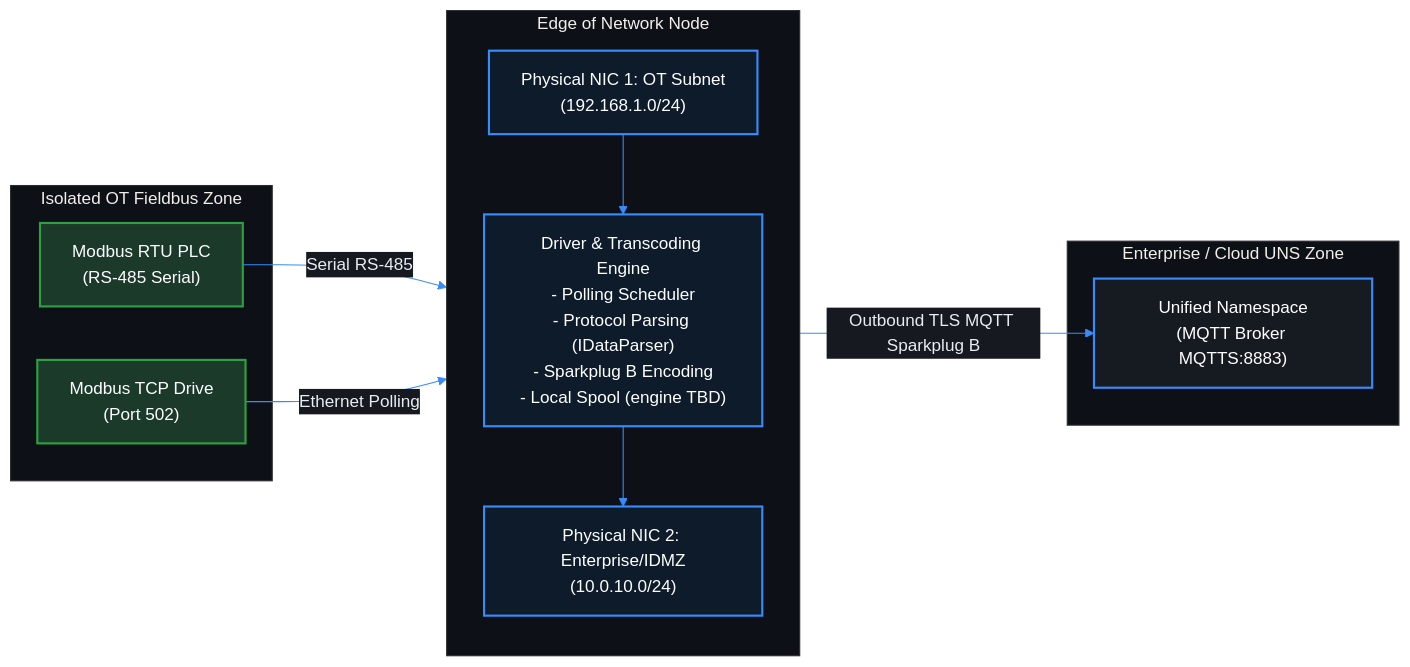
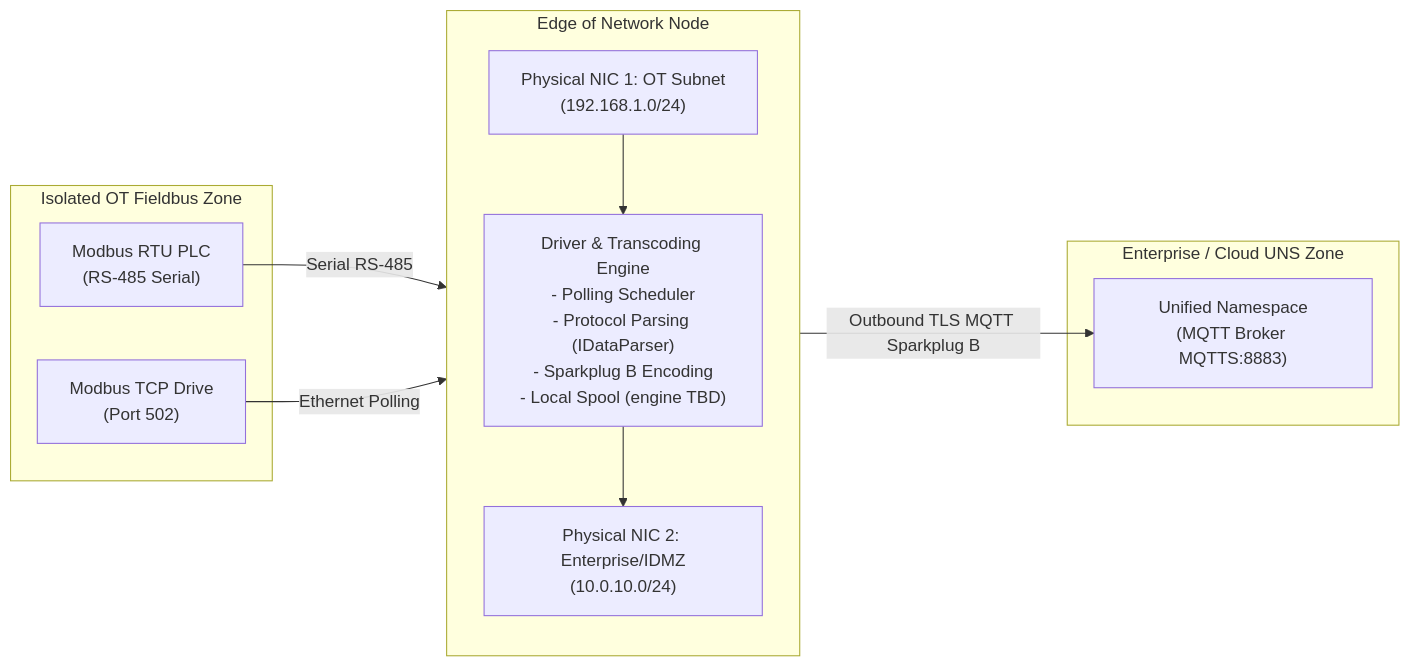
Before and after one commit to Novav20/The-Meridian-Grid: the diagram in docs/00-Domain-Mastery/lessons/05-EoN-Nodes-Brownfield-Gateways.md, drawn with Mermaid. The commit also changed 15 other files, not shown here.

Commit message:
Clean up Mermaid lesson diagrams

````diff
--- a/docs/00-Domain-Mastery/lessons/05-EoN-Nodes-Brownfield-Gateways.md
+++ b/docs/00-Domain-Mastery/lessons/05-EoN-Nodes-Brownfield-Gateways.md
@@ -64,41 +64,24 @@
 ```mermaid
-%%{init: {
-  'theme': 'base',
-  'themeVariables': {
-    'darkMode': true,
-    'primaryColor': '#1E222B',
-    'primaryTextColor': '#E6EDF3',
-    'primaryBorderColor': '#388BFD',
-    'lineColor': '#388BFD',
-    'secondaryColor': '#16191F',
-    'tertiaryColor': '#0D1117',
-    'edgeLabelBackground': '#16191F'
-  },
-  'themeCSS': '.edgeLabel { color: #E6EDF3 !important; } .edgeLabel rect { fill: #16191F !important; } .label { color: #E6EDF3 !important; } .cluster-label span { color: #E6EDF3 !important; }'
-}}%%
 graph LR
-    classDef ot fill:#1b3a2a,stroke:#2ea043,stroke-width:2px,color:#fff
-    classDef eon fill:#0d1b2a,stroke:#388bfd,stroke-width:2px,color:#fff
-    classDef it fill:#161b22,stroke:#388bfd,stroke-width:2px,color:#fff
 
     subgraph OT_Zone [Isolated OT Fieldbus Zone]
-        PLC1["Modbus RTU PLC<br/>(RS-485 Serial)"]:::ot
-        PLC2["Modbus TCP Drive<br/>(Port 502)"]:::ot
+        PLC1["Modbus RTU PLC<br/>(RS-485 Serial)"]
+        PLC2["Modbus TCP Drive<br/>(Port 502)"]
     end
 
     subgraph EoN_Gateway [Edge of Network Node]
         direction TB
-        NIC1["Physical NIC 1: OT Subnet<br/>(192.168.1.0/24)"]:::eon
-        Core["Driver & Transcoding Engine<br/>- Polling Scheduler<br/>- Protocol Parsing (IDataParser)<br/>- Sparkplug B Encoding<br/>- Local Spool (engine TBD)"]:::eon
-        NIC2["Physical NIC 2: Enterprise/IDMZ<br/>(10.0.10.0/24)"]:::eon
+        NIC1["Physical NIC 1: OT Subnet<br/>(192.168.1.0/24)"]
+        Core["Driver & Transcoding Engine<br/>- Polling Scheduler<br/>- Protocol Parsing (IDataParser)<br/>- Sparkplug B Encoding<br/>- Local Spool (engine TBD)"]
+        NIC2["Physical NIC 2: Enterprise/IDMZ<br/>(10.0.10.0/24)"]
         NIC1 --> Core --> NIC2
     end
 
     subgraph IT_Zone [Enterprise / Cloud UNS Zone]
-        Broker["Unified Namespace<br/>(MQTT Broker MQTTS:8883)"]:::it
+        Broker["Unified Namespace<br/>(MQTT Broker MQTTS:8883)"]
     end
 
     PLC1 -->|Serial RS-485| NIC1
     PLC2 -->|Ethernet Polling| NIC1
     NIC2 -->|Outbound TLS MQTT Sparkplug B| Broker
 ```
````
